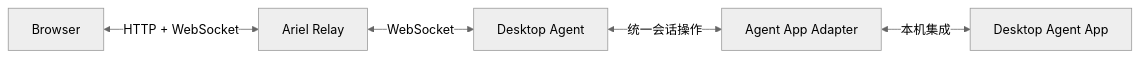
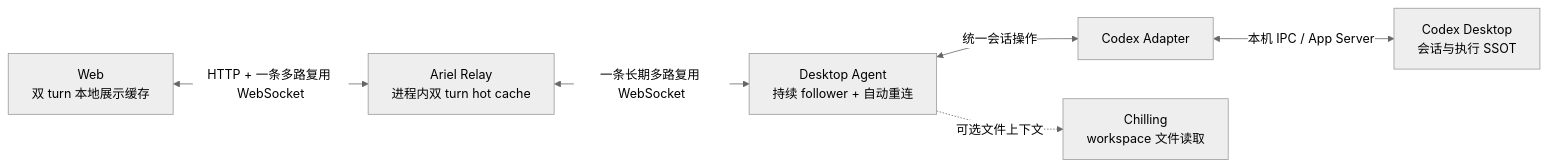
One commit to wu8685/Ariel changed the diagram in README.md. Above: the diagram before and after it, drawn with Mermaid (neutral theme). The commit also changed other lines of this file and 15 other files, not shown here.

Commit message:
fix: make relay cache recovery resilient

````diff
--- a/README.md
+++ b/README.md
@@ -19,7 +32,8 @@
 ```mermaid
 flowchart LR
-  Browser["Browser"] <-->|HTTP + WebSocket| Relay["Ariel Relay"]
-  Relay <-->|WebSocket| Agent["Desktop Agent"]
-  Agent <-->|统一会话操作| Adapter["Agent App Adapter"]
-  Adapter <-->|本机集成| App["Desktop Agent App"]
+  Browser["Web<br/>双 turn 本地展示缓存"] <-->|HTTP + 一条多路复用 WebSocket| Relay["Ariel Relay<br/>进程内双 turn hot cache"]
+  Relay <-->|一条长期多路复用 WebSocket| Agent["Desktop Agent<br/>持续 follower + 自动重连"]
+  Agent <-->|统一会话操作| Adapter["Codex Adapter"]
+  Adapter <-->|本机 IPC / App Server| App["Codex Desktop<br/>会话与执行 SSOT"]
+  Agent -.->|可选文件上下文| Chilling["Chilling<br/>workspace 文件读取"]
 ```
````
